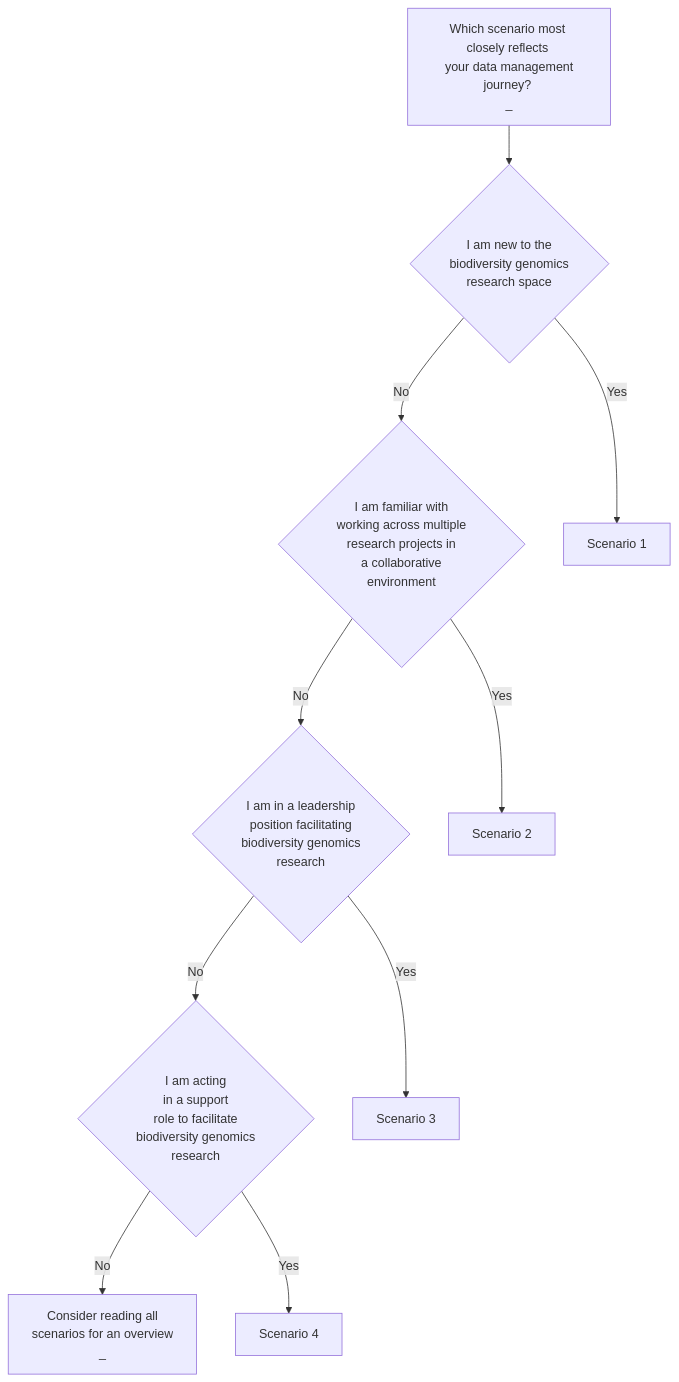
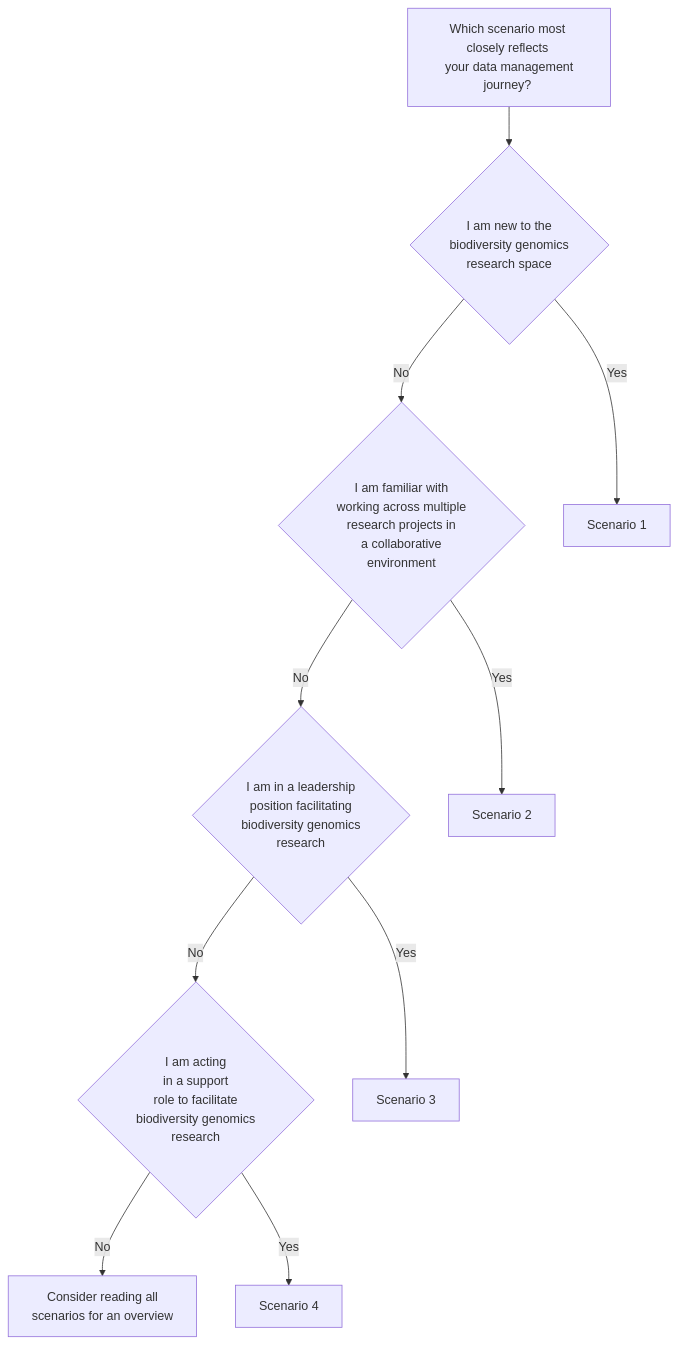
Before and after one commit to GenomicsAotearoa/data-management-resources: the diagram in docs/index.md, drawn with Mermaid.

Commit message:
remove erroneous underscores in flow chart

````diff
--- a/docs/index.md
+++ b/docs/index.md
@@ -19,16 +19,16 @@
 ```mermaid
 graph TD;
-    A[Which scenario most closely reflects \n your data management journey? <br>_] --> B{I am new to the \n biodiversity genomics \n research space}
+    A[Which scenario most closely reflects \n your data management journey? <br>] --> B{I am new to the \n biodiversity genomics \n research space}
     B --> |No| E{I am familiar with \n working across multiple \n research projects in \n a collaborative \n environment}
     B --> |Yes| D[Scenario 1]
     E --> |No| G{I am in a leadership \n position facilitating \n biodiversity genomics \n research}
     E --> |Yes| F[Scenario 2]
     G --> |No| I{I am acting \n in a support \n role to facilitate \n biodiversity genomics \n research}
     G --> |Yes| H[Scenario 3]
-    I --> |No| K[Consider reading all \n scenarios for an overview <br>_]
+    I --> |No| K[Consider reading all \n scenarios for an overview <br>]
     I --> |Yes| J[Scenario 4]
     click D "https://genomicsaotearoa.github.io/data-management-resources/scenarios/scenario1"
     click F "https://genomicsaotearoa.github.io/data-management-resources/scenarios/scenario2"
     click H "https://genomicsaotearoa.github.io/data-management-resources/scenarios/scenario3"
     click J "https://genomicsaotearoa.github.io/data-management-resources/scenarios/scenario4"
 ```
````
